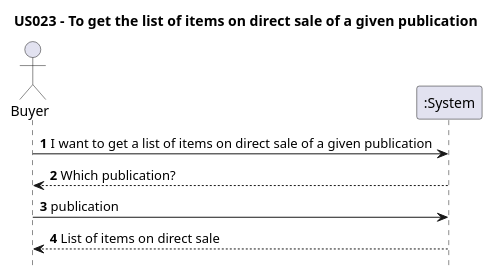
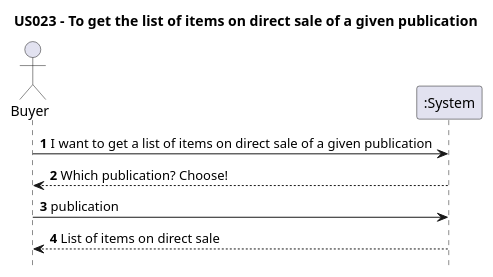
One commit to AndrePereiraGitH/SWitCH-Project-Team_A changed the diagram in Diagrams/SequenceDiagrams/N1/US023-to-get-the-list-of-items-on-direct-sale-of-a-given-publication.puml. Above: the diagram before and after it, drawn with PlantUML. The commit also changed 6 other files, not shown here.

```diff
--- a/Diagrams/SequenceDiagrams/N1/US023-to-get-the-list-of-items-on-direct-sale-of-a-given-publication.puml
+++ b/Diagrams/SequenceDiagrams/N1/US023-to-get-the-list-of-items-on-direct-sale-of-a-given-publication.puml
@@ -1,16 +1,16 @@
 @startuml
 
 hide footbox
 title US023 - To get the list of items on direct sale of a given publication
 
 actor Buyer
 participant ":System" as System
 
 ' Buyer -> System : **1** getListOfItems(typeOfSale, publication)
 Buyer -> System : **1** I want to get a list of items on direct sale of a given publication
-Buyer <-- System : **2** Which publication?
+Buyer <-- System : **2** Which publication? Choose!
 Buyer -> System : **3** publication
 
 System --> Buyer : **4** List of items on direct sale
 
 @enduml
```
